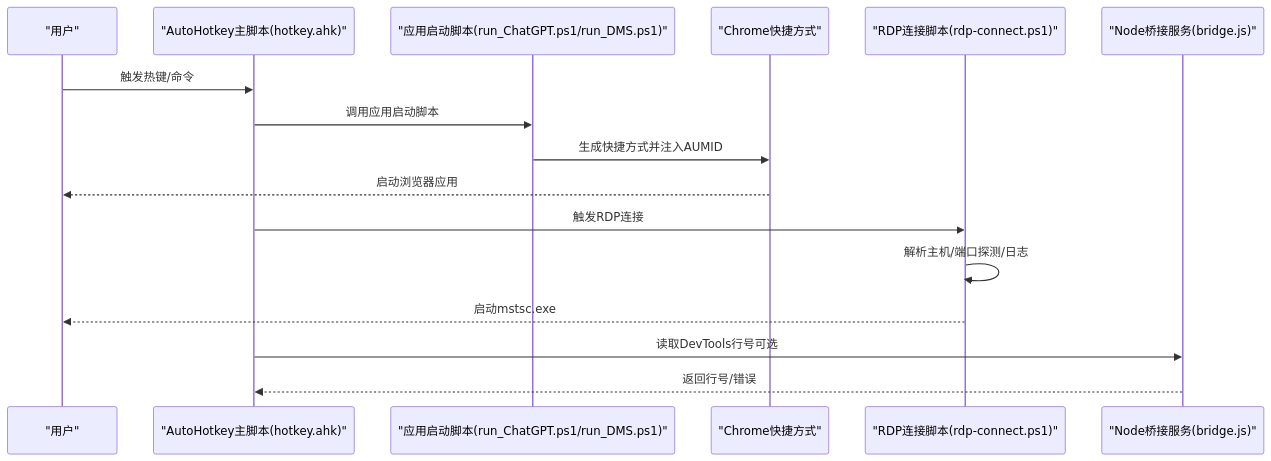
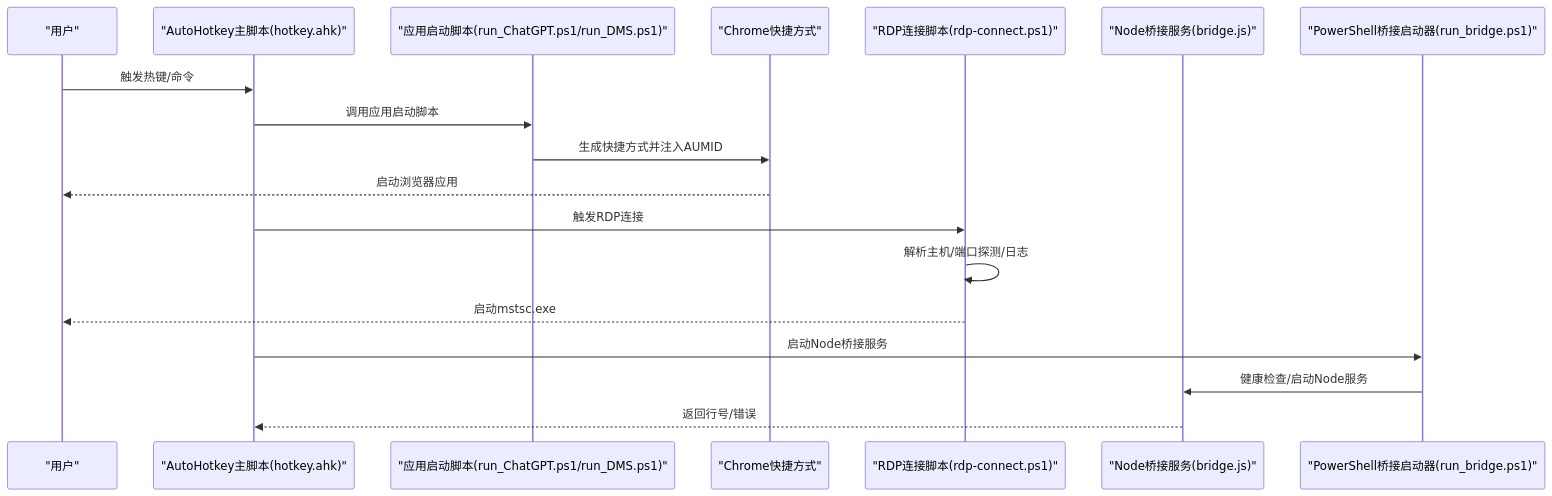
One commit to wangys-123doit/hotkey changed the second of 8 diagrams in .qoder/repowiki/zh/content/外部工具集成/PowerShell集成.md. Above: the diagram before and after it, drawn with Mermaid. The commit also changed other lines of this file and 5 other files, not shown here.

````diff
--- a/.qoder/repowiki/zh/content/外部工具集成/PowerShell集成.md
+++ b/.qoder/repowiki/zh/content/外部工具集成/PowerShell集成.md
@@ -119,18 +133,20 @@
 ```mermaid
 sequenceDiagram
 participant U as "用户"
 participant AHK as "AutoHotkey主脚本(hotkey.ahk)"
 participant PS1 as "应用启动脚本(run_ChatGPT.ps1/run_DMS.ps1)"
 participant CH as "Chrome快捷方式"
 participant RDP as "RDP连接脚本(rdp-connect.ps1)"
 participant BR as "Node桥接服务(bridge.js)"
+participant PS2 as "PowerShell桥接启动器(run_bridge.ps1)"
 U->>AHK : 触发热键/命令
 AHK->>PS1 : 调用应用启动脚本
 PS1->>CH : 生成快捷方式并注入AUMID
 CH-->>U : 启动浏览器应用
 AHK->>RDP : 触发RDP连接
 RDP->>RDP : 解析主机/端口探测/日志
 RDP-->>U : 启动mstsc.exe
-AHK->>BR : 读取DevTools行号可选
+AHK->>PS2 : 启动Node桥接服务
+PS2->>BR : 健康检查/启动Node服务
 BR-->>AHK : 返回行号/错误
 ```
````
